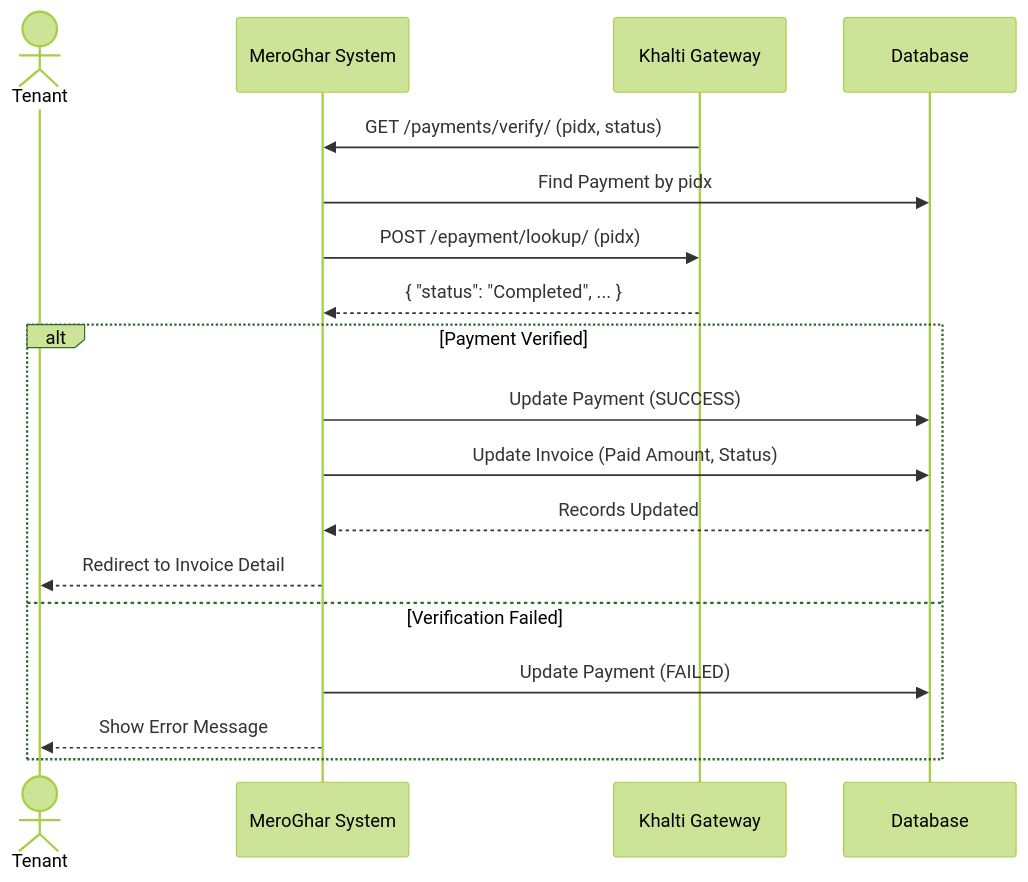
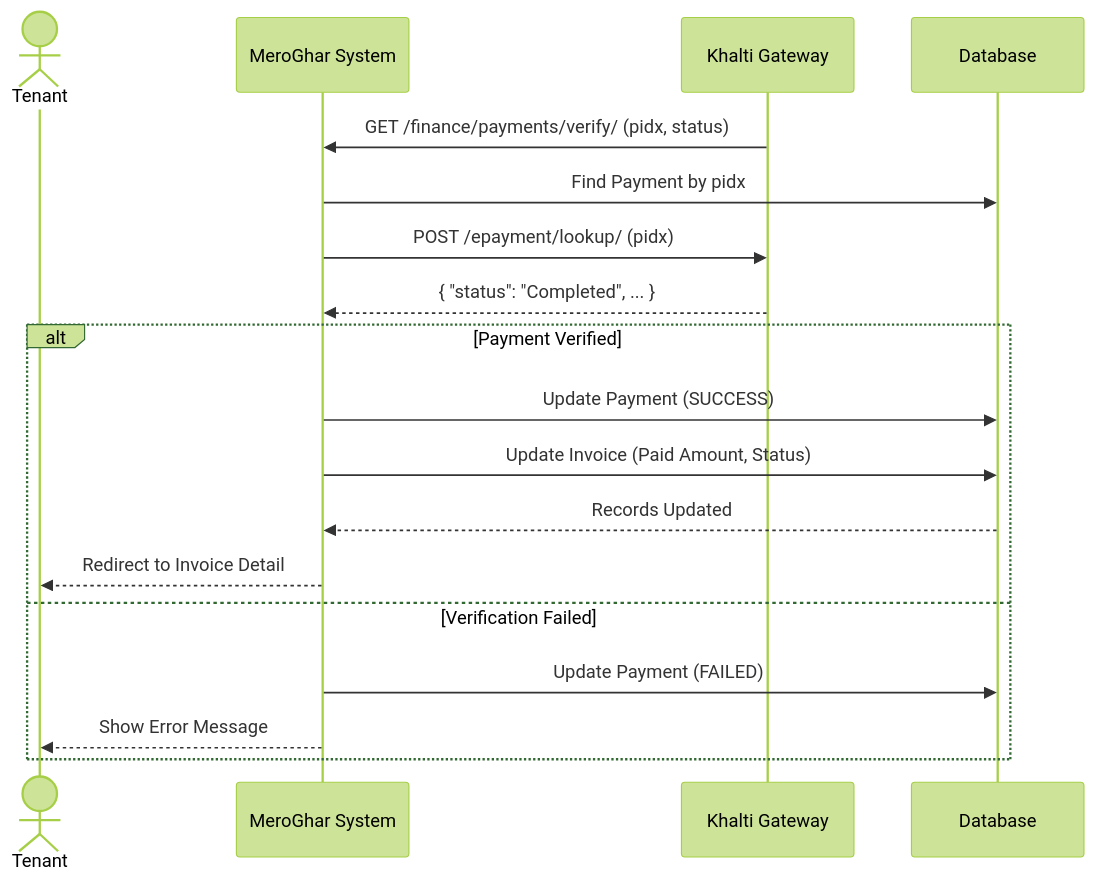
The second of 2 diagrams in docs/workflows/payment.md (0Ankit0/meroghar), drawn with Mermaid (forest theme) before and after one commit. The commit also changed other lines of this file and 12 other files, not shown here.

````diff
--- a/docs/workflows/payment.md
+++ b/docs/workflows/payment.md
@@ -47,23 +47,23 @@
 ```mermaid
 sequenceDiagram
     actor User as Tenant
     participant System as MeroGhar System
     participant Khalti as Khalti Gateway
     participant DB as Database
 
-    Khalti->>System: GET /payments/verify/ (pidx, status)
+    Khalti->>System: GET /finance/payments/verify/ (pidx, status)
     System->>DB: Find Payment by pidx
     
     System->>Khalti: POST /epayment/lookup/ (pidx)
     Khalti-->>System: { "status": "Completed", ... }
     
     alt Payment Verified
         System->>DB: Update Payment (SUCCESS)
         System->>DB: Update Invoice (Paid Amount, Status)
         DB-->>System: Records Updated
         System-->>User: Redirect to Invoice Detail
     else Verification Failed
         System->>DB: Update Payment (FAILED)
         System-->>User: Show Error Message
     end
 ```
````
